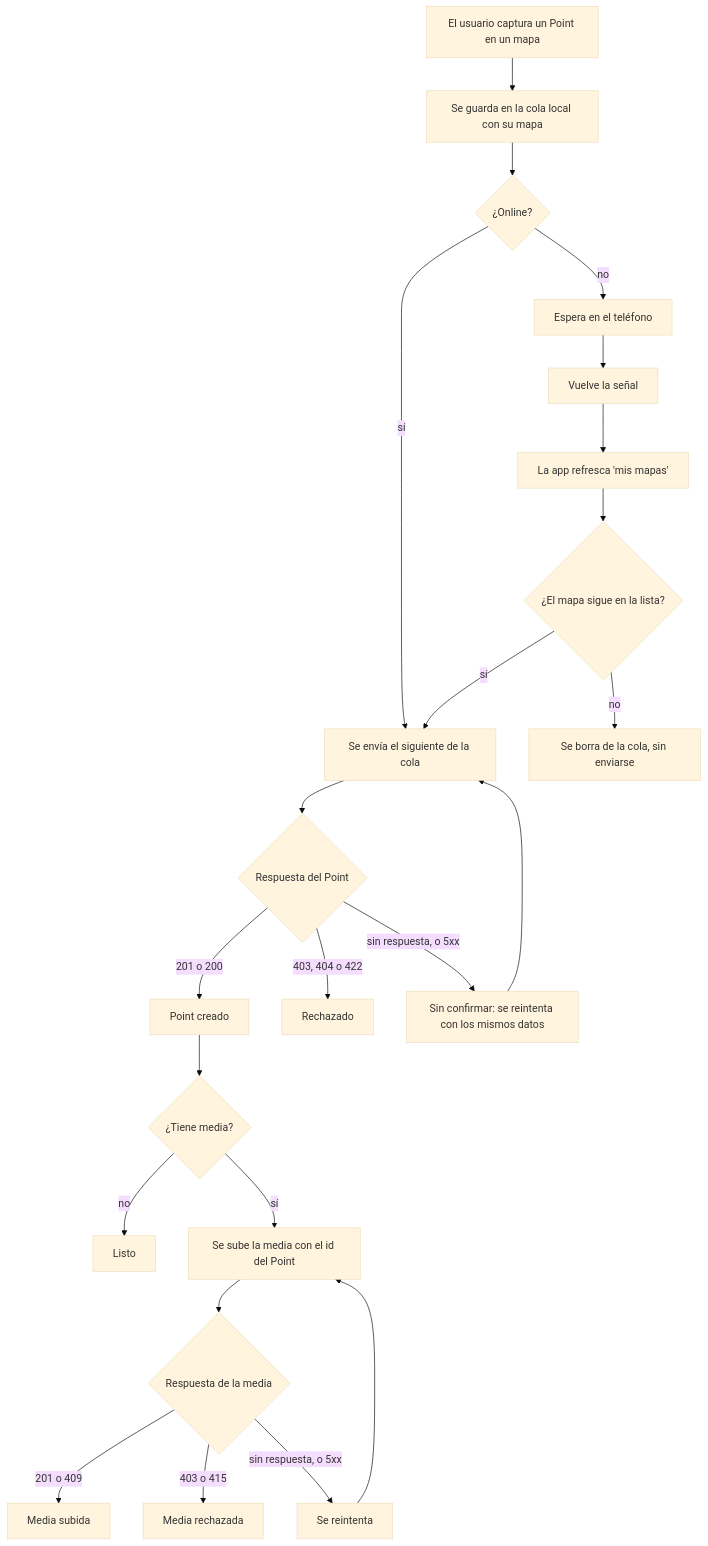
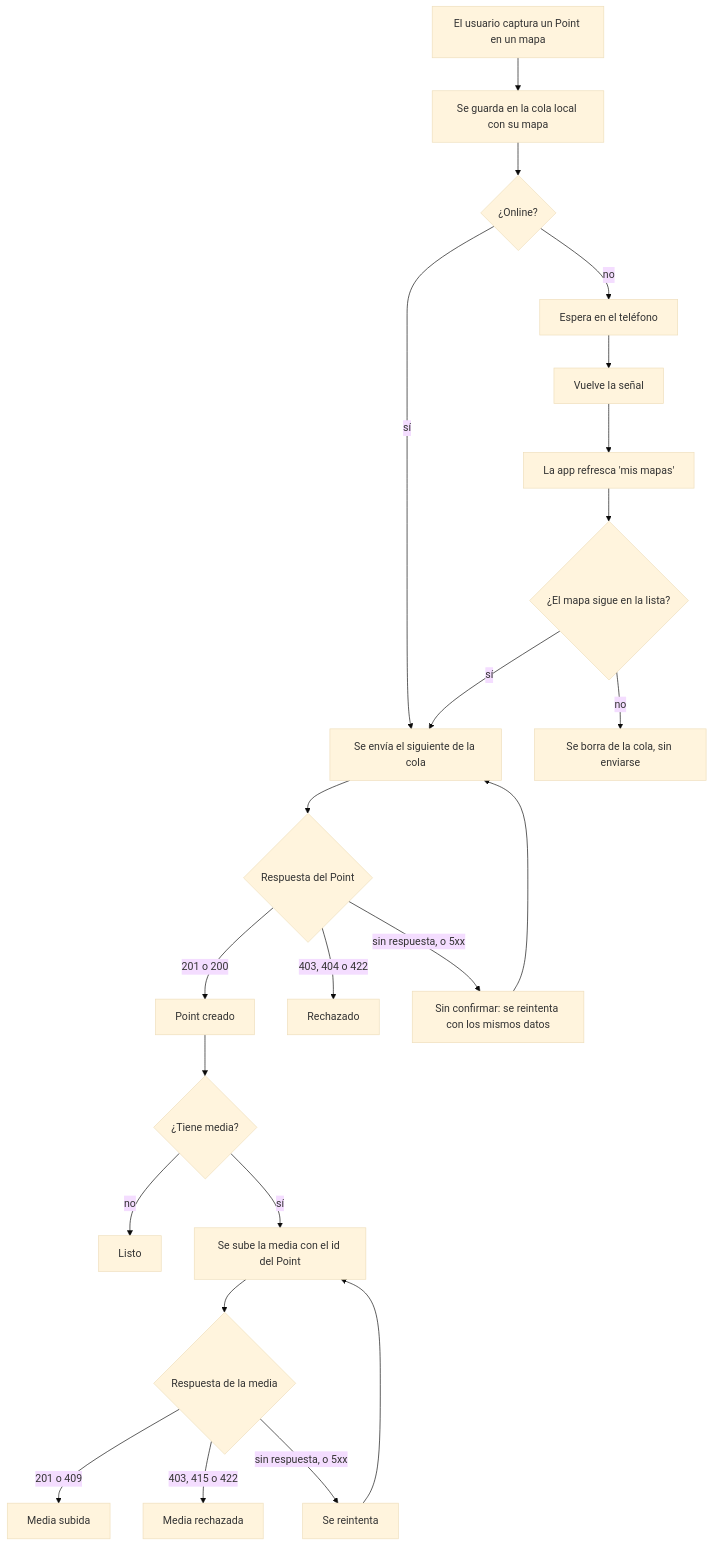
One commit to hotosm/chatmap changed the third of 5 diagrams in docs/how-it-works/offline_contributions.md. Above: the diagram before and after it, drawn with Mermaid (base theme). The commit also changed other lines of this file and 2 other files, not shown here.

````diff
--- a/docs/how-it-works/offline_contributions.md
+++ b/docs/how-it-works/offline_contributions.md
@@ -129,25 +129,25 @@
 ```mermaid
 flowchart TD
     A["El usuario captura un Point en un mapa"] --> C["Se guarda en la cola local con su mapa"]
     C --> B{"¿Online?"}
     B -->|"sí"| E["Se envía el siguiente de la cola"]
     B -->|"no"| D["Espera en el teléfono"]
     D --> F["Vuelve la señal"]
     F --> G["La app refresca 'mis mapas'"]
     G --> M{"¿El mapa sigue en la lista?"}
     M -->|"no"| J["Se borra de la cola, sin enviarse"]
     M -->|"sí"| E
     E --> H{"Respuesta del Point"}
     H -->|"201 o 200"| I["Point creado"]
     H -->|"403, 404 o 422"| J2["Rechazado"]
     H -->|"sin respuesta, o 5xx"| K["Sin confirmar: se reintenta con los mismos datos"]
     K --> E
     I --> N{"¿Tiene media?"}
     N -->|"no"| Z["Listo"]
     N -->|"sí"| P["Se sube la media con el id del Point"]
     P --> Q{"Respuesta de la media"}
     Q -->|"201 o 409"| R["Media subida"]
-    Q -->|"403 o 415"| S["Media rechazada"]
+    Q -->|"403, 415 o 422"| S["Media rechazada"]
     Q -->|"sin respuesta, o 5xx"| T["Se reintenta"]
     T --> P
 ```
````
